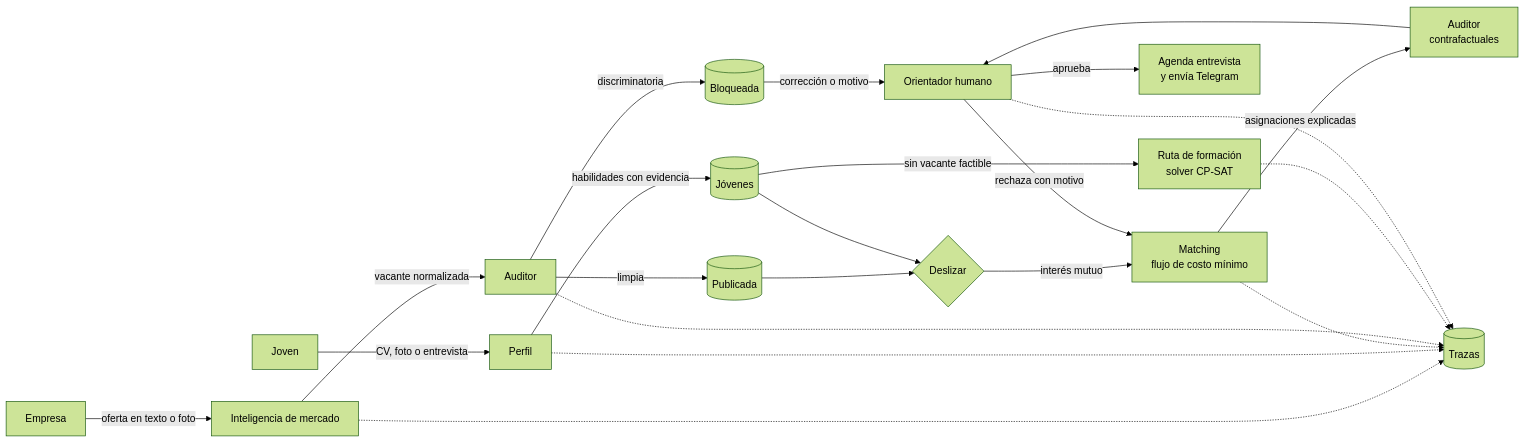
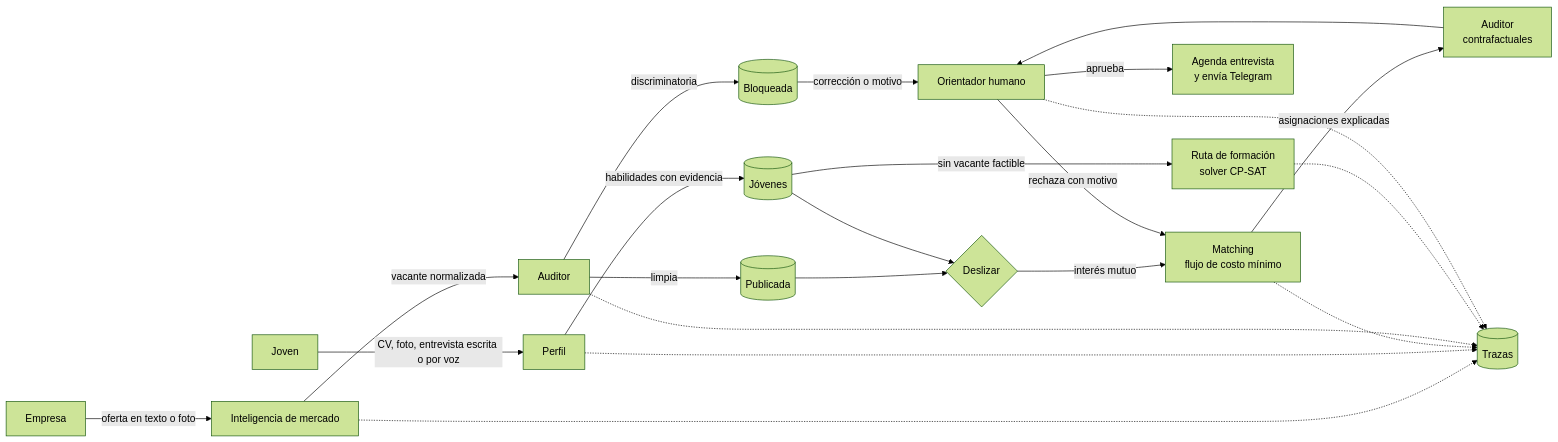
The diagram in README.md (D4m0p/Hackathon-FISC), drawn with Mermaid (forest theme) before and after one commit. The commit also changed other lines of this file and 2 other files, not shown here.

Commit message:
[docs] POST /perfil/transcribir: entradas por voz y foto en el README y en los acuerdos del equipo

````diff
--- a/README.md
+++ b/README.md
@@ -53,28 +53,28 @@
 ```mermaid
 flowchart LR
     E[Empresa] -->|oferta en texto o foto| M[Inteligencia de mercado]
     M -->|vacante normalizada| AU[Auditor]
     AU -->|discriminatoria| B[(Bloqueada)]
     B -->|corrección o motivo| O
     AU -->|limpia| P[(Publicada)]
 
-    J[Joven] -->|CV, foto o entrevista| PE[Perfil]
+    J[Joven] -->|CV, foto, entrevista escrita o por voz| PE[Perfil]
     PE -->|habilidades con evidencia| R[(Jóvenes)]
 
     P --> D{Deslizar}
     R --> D
     D -->|interés mutuo| MA[Matching<br/>flujo de costo mínimo]
     MA -->|asignaciones explicadas| AU2[Auditor<br/>contrafactuales]
     AU2 --> O[Orientador humano]
     O -->|aprueba| AC[Agenda entrevista<br/>y envía Telegram]
     O -->|rechaza con motivo| MA
     R -->|sin vacante factible| RF[Ruta de formación<br/>solver CP-SAT]
 
     T[(Trazas)]
     M -.-> T
     PE -.-> T
     MA -.-> T
     AU -.-> T
     RF -.-> T
     O -.-> T
 ```
````
